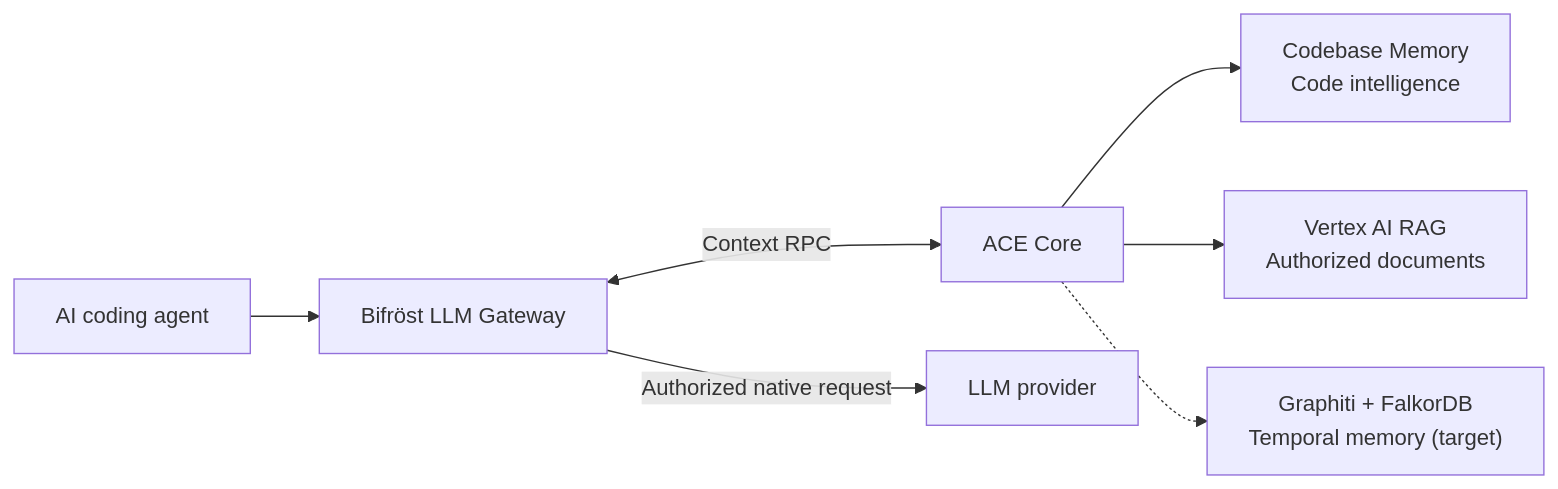
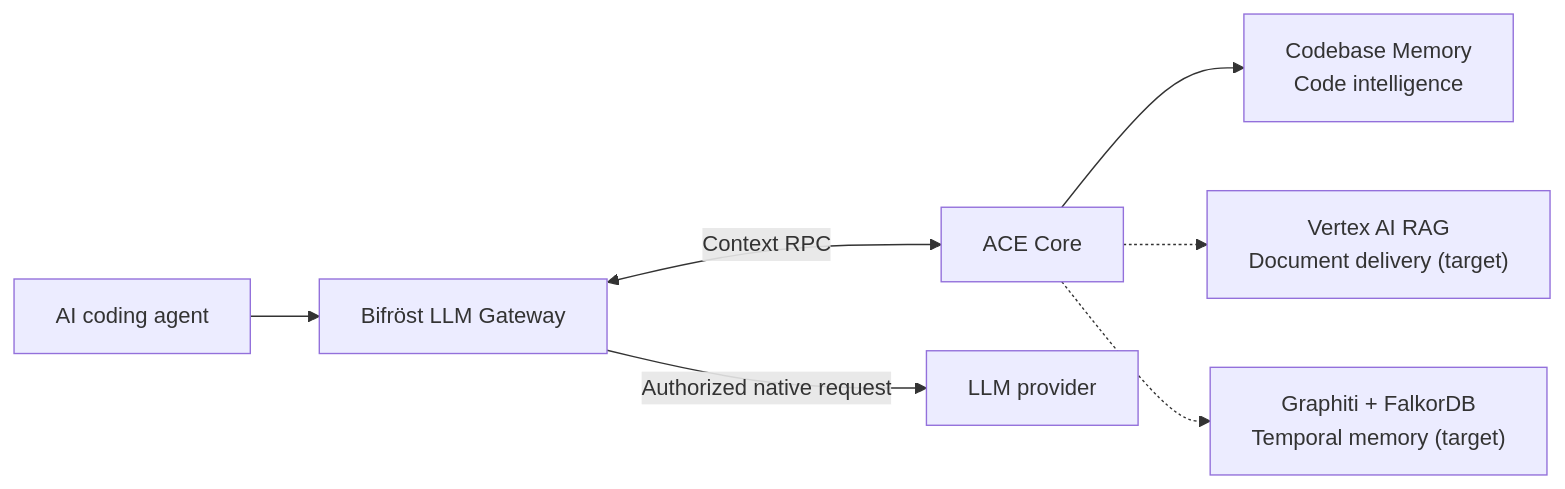
Before and after one commit to chris-madsen/Hybrid-RAG: the diagram in README.md, drawn with Mermaid. The commit also changed other lines of this file, not shown here.

Commit message:
docs: verify benchmark methodology and distinguish document delivery scope

````diff
--- a/README.md
+++ b/README.md
@@ -19,9 +19,9 @@
 ```mermaid
 flowchart LR
     A["AI coding agent"] --> G["Bifröst LLM Gateway"]
     G <-->|"Context RPC"| E["ACE Core"]
     E --> C["Codebase Memory<br/>Code intelligence"]
-    E --> D["Vertex AI RAG<br/>Authorized documents"]
+    E -.-> D["Vertex AI RAG<br/>Document delivery (target)"]
     E -.-> M["Graphiti + FalkorDB<br/>Temporal memory (target)"]
     G -->|"Authorized native request"| L["LLM provider"]
 ```
````
